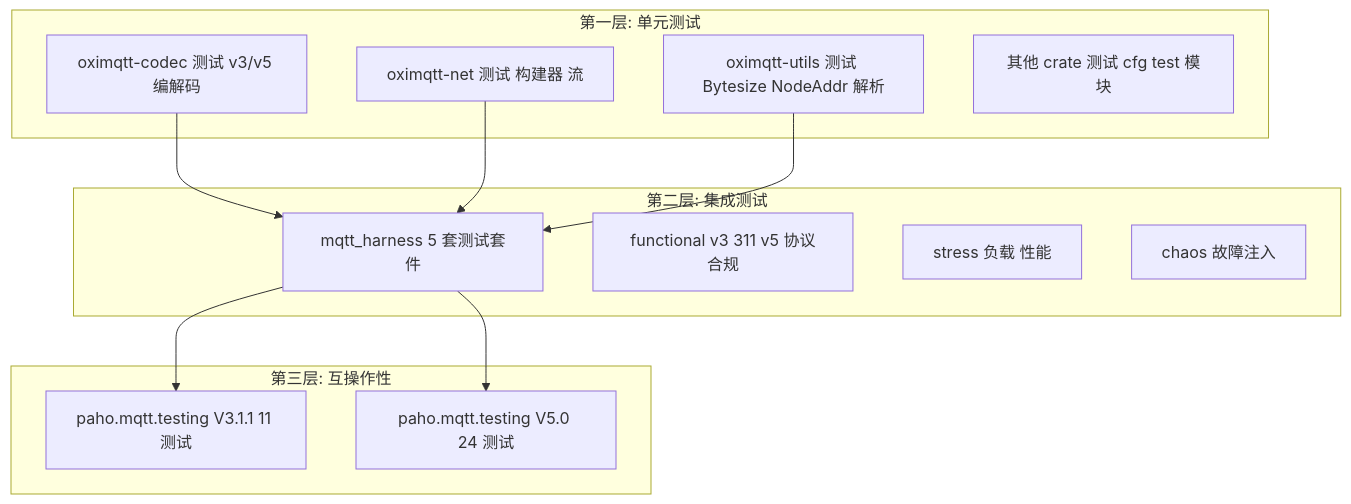
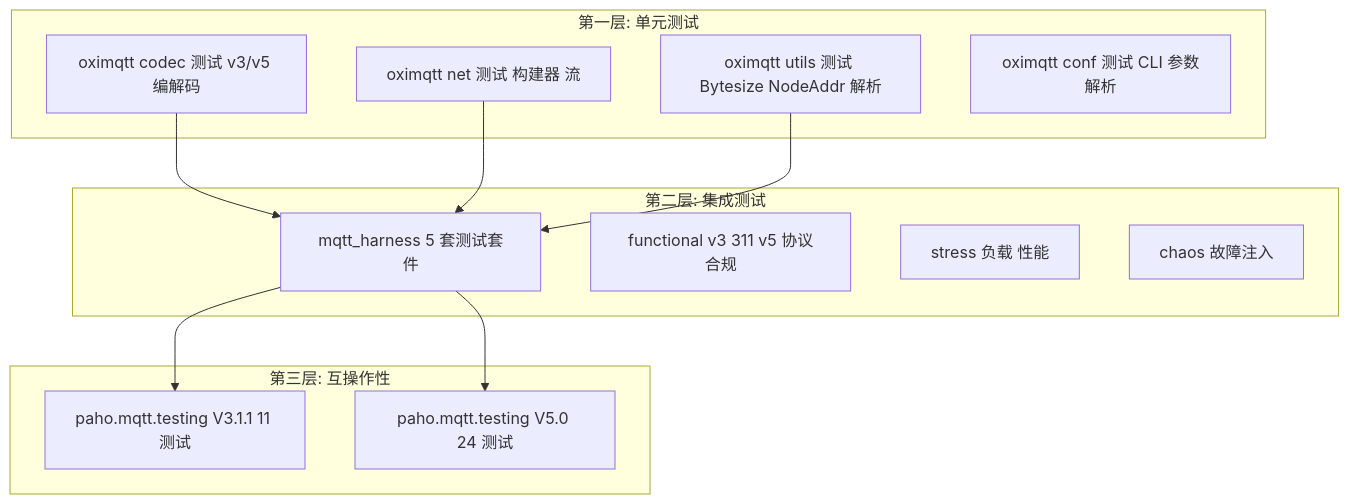
One commit to zeaphoo/oximqtt changed the diagram in docs/zh_CN/development/testing.md. Above: the diagram before and after it, drawn with Mermaid. The commit also changed other lines of this file and 33 other files, not shown here.

````diff
--- a/docs/zh_CN/development/testing.md
+++ b/docs/zh_CN/development/testing.md
@@ -11,27 +11,27 @@
 ```mermaid
 graph TD
     subgraph L1["第一层: 单元测试"]
-        UT1["oximqtt-codec 测试 v3/v5 编解码"]
-        UT2["oximqtt-net 测试 构建器 流"]
-        UT3["oximqtt-utils 测试 Bytesize NodeAddr 解析"]
-        UT4["其他 crate 测试 cfg test 模块"]
+        UT1["oximqtt codec 测试 v3/v5 编解码"]
+        UT2["oximqtt net 测试 构建器 流"]
+        UT3["oximqtt utils 测试 Bytesize NodeAddr 解析"]
+        UT4["oximqtt conf 测试 CLI 参数解析"]
     end
 
     subgraph L2["第二层: 集成测试"]
         IT1["mqtt_harness 5 套测试套件"]
         IT2["functional v3 311 v5 协议合规"]
         IT3["stress 负载 性能"]
         IT4["chaos 故障注入"]
     end
 
     subgraph L3["第三层: 互操作性"]
         IP1["paho.mqtt.testing V3.1.1 11 测试"]
         IP2["paho.mqtt.testing V5.0 24 测试"]
     end
 
     UT1 --> IT1
     UT2 --> IT1
     UT3 --> IT1
     IT1 --> IP1
     IT1 --> IP2
 ```
````
